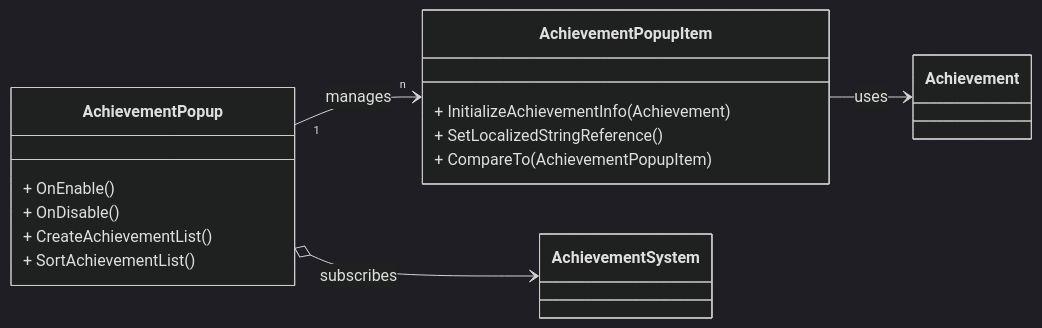
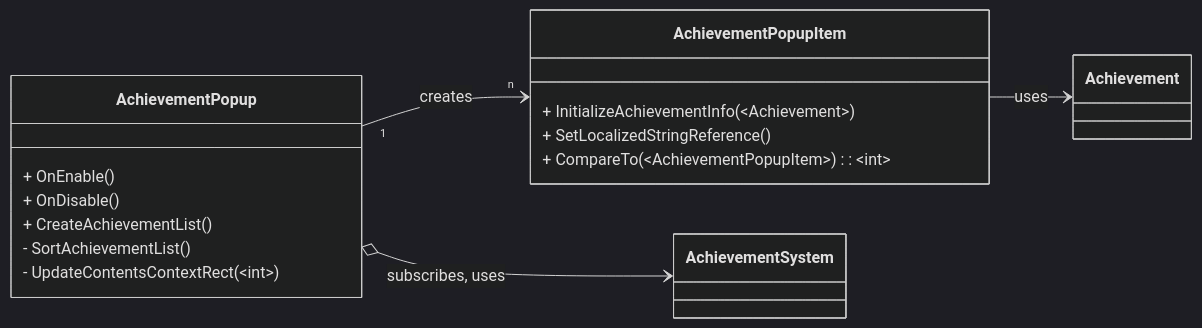
Before and after one commit to CosmicGiantKoala/CosmicGiantKoala.github.io: the sixth of 6 diagrams in content/docs/Projects/SlimeRush/AchievementSystem/Overview.md, drawn with Mermaid (dark theme). The commit also changed other lines of this file and 21 other files, not shown here.

First line of the commit message:
feat: SlimeRush 에셋 추가 및 AchievementSystem 문서 개선

````diff
--- a/content/docs/Projects/SlimeRush/AchievementSystem/Overview.md
+++ b/content/docs/Projects/SlimeRush/AchievementSystem/Overview.md
@@ -358,20 +313,21 @@
 ```mermaid
 classDiagram
     direction LR
     class AchievementPopup {
         + OnEnable()
         + OnDisable()
         + CreateAchievementList()
-        + SortAchievementList()
+        - SortAchievementList()
+        - UpdateContentsContextRect(~int~)
     }
 
     class AchievementPopupItem {
-        + InitializeAchievementInfo(Achievement)
+        + InitializeAchievementInfo(~Achievement~)
         + SetLocalizedStringReference()
-        + CompareTo(AchievementPopupItem)
+        + CompareTo(~AchievementPopupItem~): ~int~
     }
 
-    AchievementPopup "1" --> "n" AchievementPopupItem: manages
-    AchievementPopup o--> AchievementSystem: subscribes
+    AchievementPopup "1" --> "n" AchievementPopupItem: creates
+    AchievementPopup o--> AchievementSystem: subscribes, uses
     AchievementPopupItem --> Achievement: uses
 ```
````
